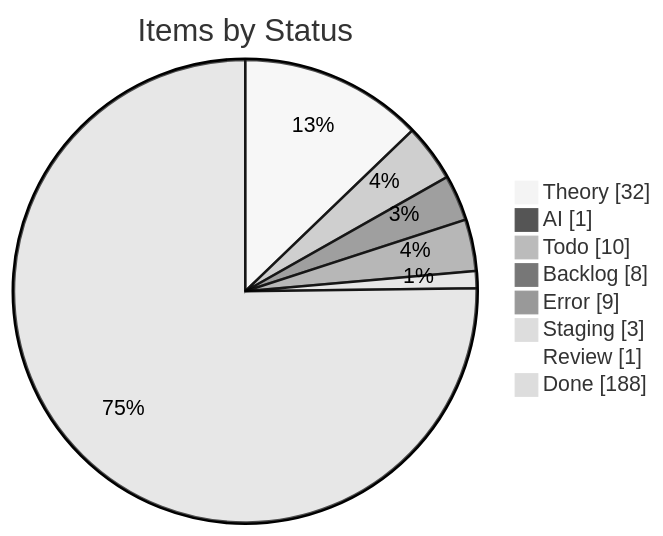
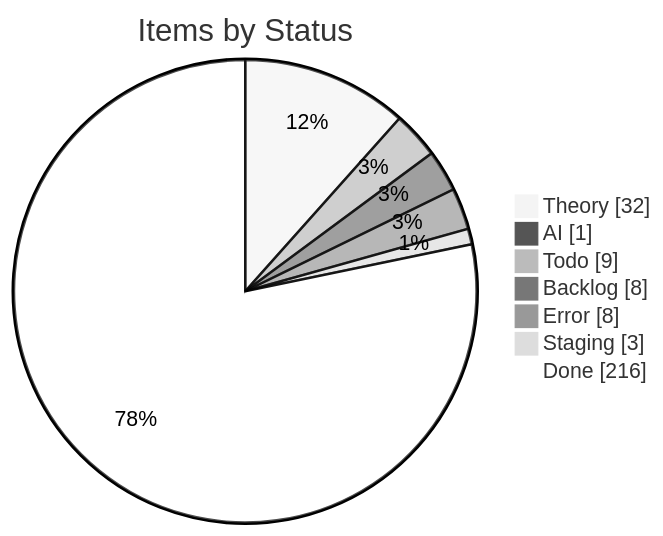
Before and after one commit to KBVE/kbve: the first of 4 diagrams in apps/kbve/astro-kbve/src/content/docs/dashboard/kanban-data.mdx, drawn with Mermaid (neutral theme). The commit also changed other lines of this file and 8 other files, not shown here.

````diff
--- a/apps/kbve/astro-kbve/src/content/docs/dashboard/kanban-data.mdx
+++ b/apps/kbve/astro-kbve/src/content/docs/dashboard/kanban-data.mdx
@@ -55,12 +55,11 @@
 ```mermaid
 pie showData
     title Items by Status
     "Theory" : 32
     "AI" : 1
-    "Todo" : 10
+    "Todo" : 9
     "Backlog" : 8
-    "Error" : 9
+    "Error" : 8
     "Staging" : 3
-    "Review" : 1
-    "Done" : 188
+    "Done" : 216
 ```
````
